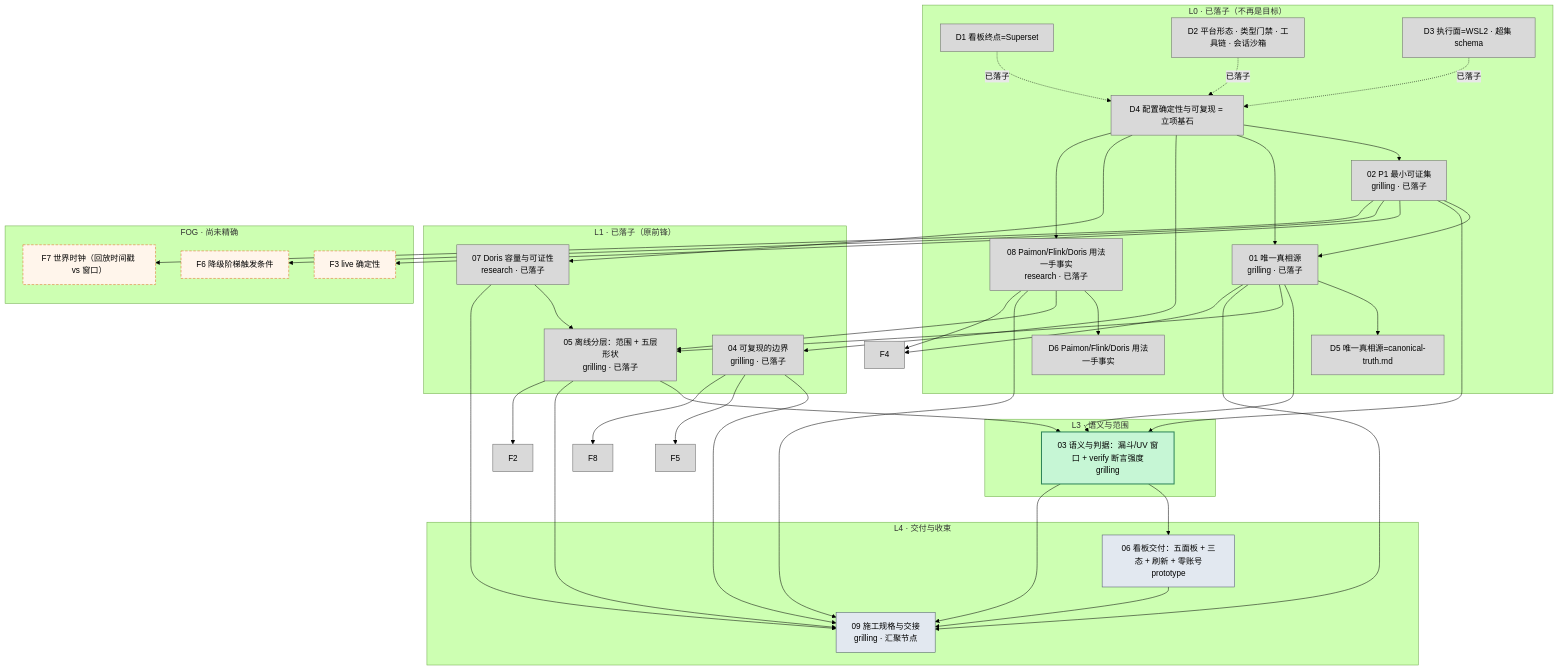
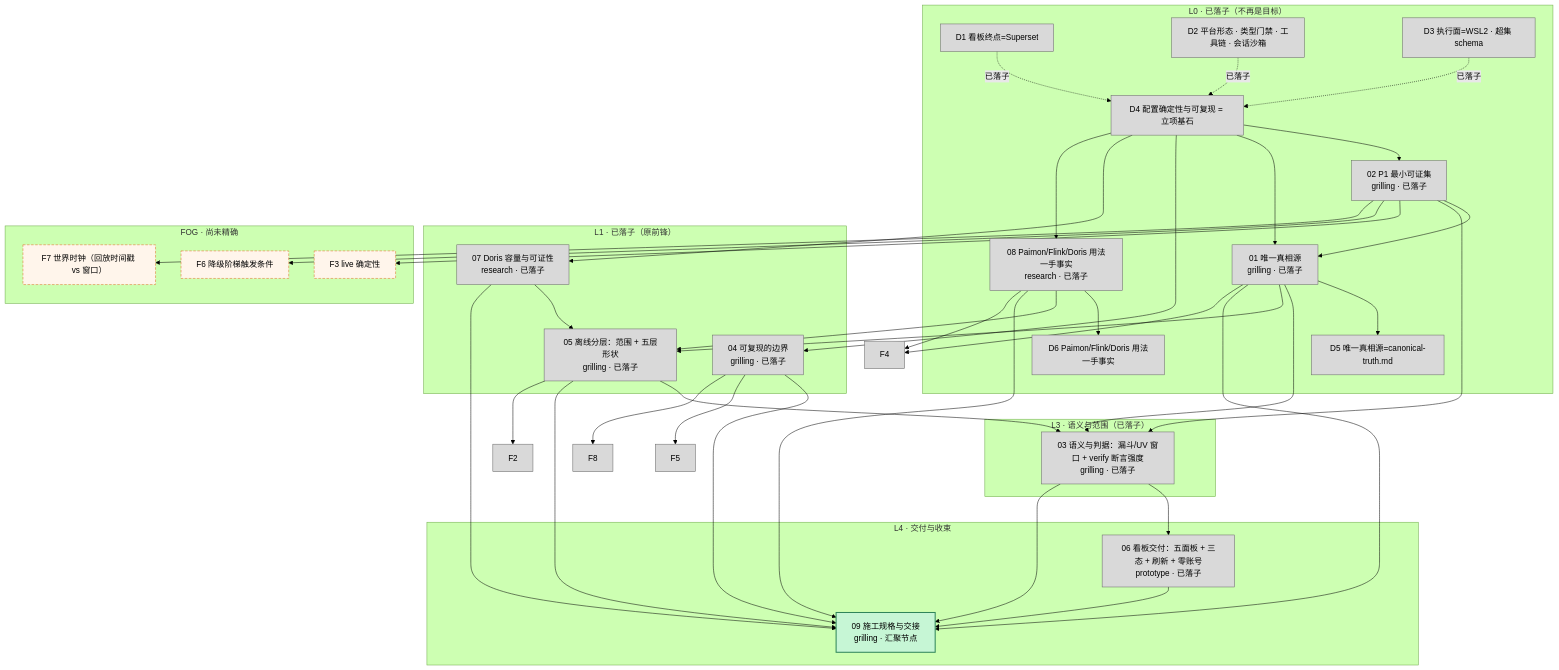
One commit to Gaomen-7/eco-d-a-platform changed the diagram in .scratch/ecom-user-behavior-pipeline/issues/map-dag.md. Above: the diagram before and after it, drawn with Mermaid (forest theme). The commit also changed other lines of this file and 5 other files, not shown here.

````diff
--- a/.scratch/ecom-user-behavior-pipeline/issues/map-dag.md
+++ b/.scratch/ecom-user-behavior-pipeline/issues/map-dag.md
@@ -10,81 +10,80 @@
 ```mermaid
 flowchart TD
   classDef landed fill:#d9d9d9,stroke:#666,color:#000;
   classDef frontier fill:#c6f6d5,stroke:#2f855a,stroke-width:2px,color:#000;
   classDef blocked fill:#e2e8f0,stroke:#4a5568,color:#000;
   classDef fog fill:#fff5eb,stroke:#dd6b20,stroke-dasharray:5 3,color:#000;
 
   subgraph L0["L0 · 已落子（不再是目标）"]
     D1["D1 看板终点=Superset"]
     D2["D2 平台形态 · 类型门禁 · 工具链 · 会话沙箱"]
     D3["D3 执行面=WSL2 · 超集 schema"]
     D4["D4 配置确定性与可复现 = 立项基石"]
     D5["D5 唯一真相源=canonical-truth.md"]
     D6["D6 Paimon/Flink/Doris 用法一手事实"]
     T02["02 P1 最小可证集<br/>grilling · 已落子"]
     T01["01 唯一真相源<br/>grilling · 已落子"]
     R08["08 Paimon/Flink/Doris 用法一手事实<br/>research · 已落子"]
   end
 
   subgraph L1["L1 · 已落子（原前锋）"]
     T04["04 可复现的边界<br/>grilling · 已落子"]
     R07["07 Doris 容量与可证性<br/>research · 已落子"]
     T05["05 离线分层：范围 + 五层形状<br/>grilling · 已落子"]
   end
 
-  subgraph L3["L3 · 语义与范围"]
-    T03["03 语义与判据：漏斗/UV 窗口 + verify 断言强度<br/>grilling"]
+  subgraph L3["L3 · 语义与范围（已落子）"]
+    T03["03 语义与判据：漏斗/UV 窗口 + verify 断言强度<br/>grilling · 已落子"]
   end
 
   subgraph L4["L4 · 交付与收束"]
-    T06["06 看板交付：五面板 + 三态 + 刷新 + 零账号<br/>prototype"]
+    T06["06 看板交付：五面板 + 三态 + 刷新 + 零账号<br/>prototype · 已落子"]
     T09["09 施工规格与交接<br/>grilling · 汇聚节点"]
   end
 
   subgraph FOG["FOG · 尚未精确"]
     F3["F3 live 确定性"]
     F6["F6 降级阶梯触发条件"]
     F7["F7 世界时钟（回放时间戳 vs 窗口）"]
   end
 
   D1 -.已落子.-> D4
   D2 -.已落子.-> D4
   D3 -.已落子.-> D4
   D4 --> T02
   D4 --> T01
   D4 --> T04
   D4 --> R07
   D4 --> R08
   T01 --> D5
   R08 --> D6
 
   T02 --> T01
   T01 --> T03
   T02 --> T03
   T05 --> T03
   T01 --> T05
   R08 --> T05
   R07 --> T05
   T03 --> T06
   T01 --> T09
   T03 --> T09
   T04 --> T09
   T05 --> T09
   T06 --> T09
   R07 --> T09
   R08 --> T09
 
   T02 --> F3
   T02 --> F6
   T02 --> F7
   T04 --> F5
   T04 --> F8
   T05 --> F2
   T01 --> F4
   R08 --> F4
 
-  class D1,D2,D3,D4,D5,D6,D7,D8,T01,T02,T04,R07,R08,T05,F2,F4,F5,F8 landed;
-  class T03 frontier;
-  class T06,T09 blocked;
+  class D1,D2,D3,D4,D5,D6,D7,D8,T01,T02,T04,R07,R08,T05,T03,F2,F4,F5,F8,T06 landed;
+  class T09 frontier;
   class F3,F6,F7 fog;
 ```
````
